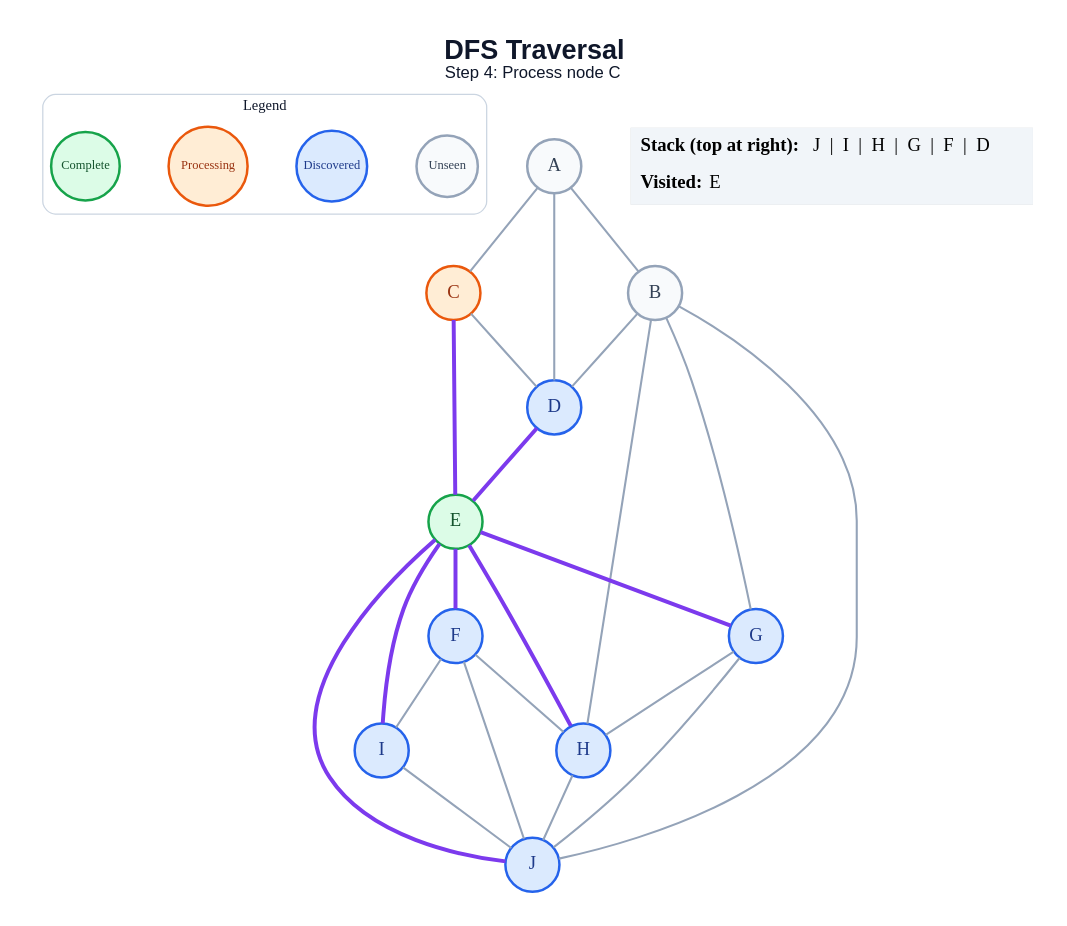
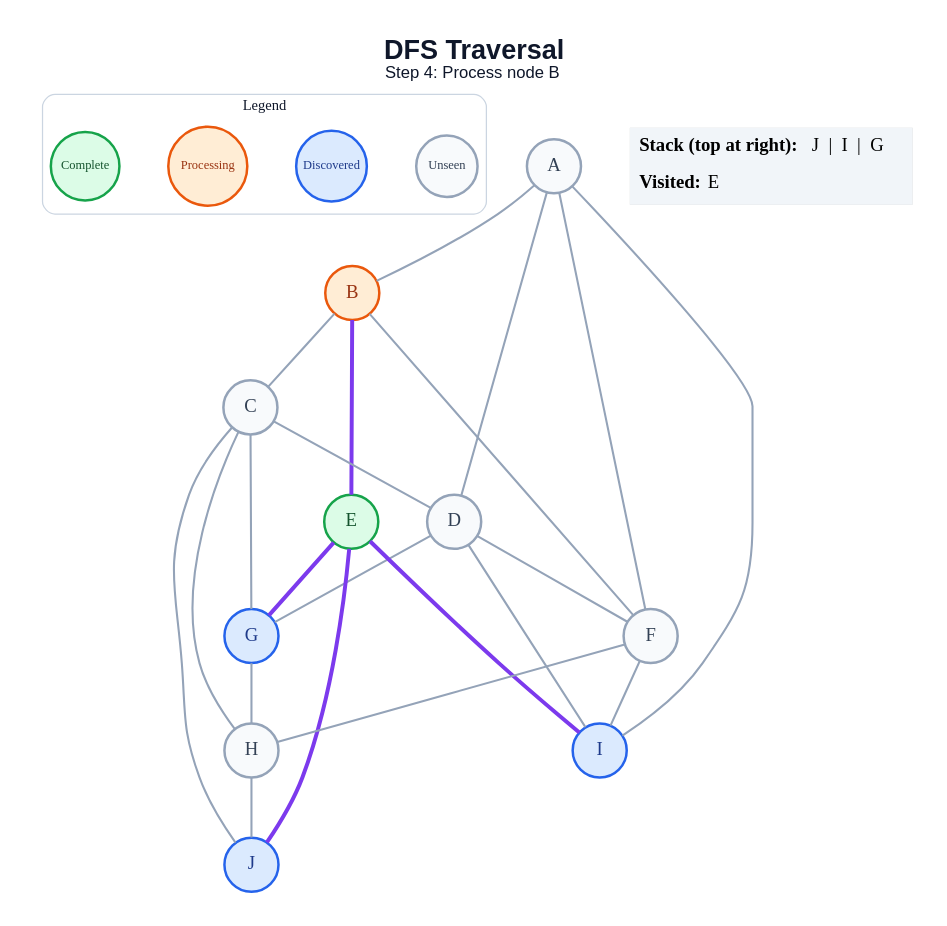
The diagram in generated/specific-node/dfs/step_04.dot (amanghodawala9/ai-slop), drawn with Graphviz before and after one commit. The commit also changed 178 other files, not shown here.

```diff
--- a/generated/specific-node/dfs/step_04.dot
+++ b/generated/specific-node/dfs/step_04.dot
@@ -1,51 +1,50 @@
 graph traversal {
   graph [layout=dot, rankdir=TB, bgcolor="#FFFFFF", pad="0.35", nodesep="0.65", ranksep="0.8", fontname="Arial"];
   node [shape=circle, style="filled", fontname="Arial Bold", fontsize=18, width=0.72, fixedsize=true, penwidth=2.4];
   edge [color="#94A3B8", penwidth=2.0];
-  label=<<B>DFS Traversal</B><BR/><FONT POINT-SIZE="16">Step 4: Process node C</FONT>>; labelloc="t"; fontsize=26; fontname="Arial"; fontcolor="#0F172A";
+  label=<<B>DFS Traversal</B><BR/><FONT POINT-SIZE="16">Step 4: Process node B</FONT>>; labelloc="t"; fontsize=26; fontname="Arial"; fontcolor="#0F172A";
   subgraph cluster_legend { label="Legend"; color="#CBD5E1"; penwidth=1.2; style="rounded"; fontsize=14; fontname="Arial Bold";
     key_unseen [label="Unseen", fillcolor="#F8FAFC", color="#94A3B8", fontcolor="#334155", fontsize=12, width=0.82];
     key_frontier [label="Discovered", fillcolor="#DBEAFE", color="#2563EB", fontcolor="#1E3A8A", fontsize=12, width=0.95];
     key_current [label="Processing", fillcolor="#FFEDD5", color="#EA580C", fontcolor="#9A3412", fontsize=12, width=1.05];
     key_done [label="Complete", fillcolor="#DCFCE7", color="#16A34A", fontcolor="#14532D", fontsize=12, width=0.92];
     { rank=same; key_unseen; key_frontier; key_current; key_done; }
   }
   A [fillcolor="#F8FAFC", color="#94A3B8", fontcolor="#334155"];
-  B [fillcolor="#F8FAFC", color="#94A3B8", fontcolor="#334155"];
-  C [fillcolor="#FFEDD5", color="#EA580C", fontcolor="#9A3412"];
-  D [fillcolor="#DBEAFE", color="#2563EB", fontcolor="#1E3A8A"];
+  B [fillcolor="#FFEDD5", color="#EA580C", fontcolor="#9A3412"];
+  C [fillcolor="#F8FAFC", color="#94A3B8", fontcolor="#334155"];
+  D [fillcolor="#F8FAFC", color="#94A3B8", fontcolor="#334155"];
   E [fillcolor="#DCFCE7", color="#16A34A", fontcolor="#14532D"];
-  F [fillcolor="#DBEAFE", color="#2563EB", fontcolor="#1E3A8A"];
+  F [fillcolor="#F8FAFC", color="#94A3B8", fontcolor="#334155"];
   G [fillcolor="#DBEAFE", color="#2563EB", fontcolor="#1E3A8A"];
-  H [fillcolor="#DBEAFE", color="#2563EB", fontcolor="#1E3A8A"];
+  H [fillcolor="#F8FAFC", color="#94A3B8", fontcolor="#334155"];
   I [fillcolor="#DBEAFE", color="#2563EB", fontcolor="#1E3A8A"];
   J [fillcolor="#DBEAFE", color="#2563EB", fontcolor="#1E3A8A"];
   A -- B;
-  A -- C;
   A -- D;
-  B -- D;
-  B -- G;
-  B -- H;
-  B -- J;
+  A -- F;
+  A -- I;
+  B -- C;
+  B -- E [color="#7C3AED", penwidth=3.8];
+  B -- F;
   C -- D;
-  C -- E [color="#7C3AED", penwidth=3.8];
-  D -- E [color="#7C3AED", penwidth=3.8];
-  E -- F [color="#7C3AED", penwidth=3.8];
+  C -- G;
+  C -- H;
+  C -- J;
+  D -- F;
+  D -- G;
+  D -- I;
   E -- G [color="#7C3AED", penwidth=3.8];
-  E -- H [color="#7C3AED", penwidth=3.8];
   E -- I [color="#7C3AED", penwidth=3.8];
   E -- J [color="#7C3AED", penwidth=3.8];
   F -- H;
   F -- I;
-  F -- J;
   G -- H;
-  G -- J;
   H -- J;
-  I -- J;
   status [shape=plain, fixedsize=false, width=0, height=0, margin=0, label=<
     <TABLE BORDER="0" CELLBORDER="0" CELLPADDING="7" BGCOLOR="#F1F5F9">
-      <TR><TD ALIGN="LEFT"><B>Stack (top at right):</B> J  |  I  |  H  |  G  |  F  |  D</TD></TR>
+      <TR><TD ALIGN="LEFT"><B>Stack (top at right):</B> J  |  I  |  G</TD></TR>
       <TR><TD ALIGN="LEFT"><B>Visited:</B> E</TD></TR>
     </TABLE>
   >];
 }
```
